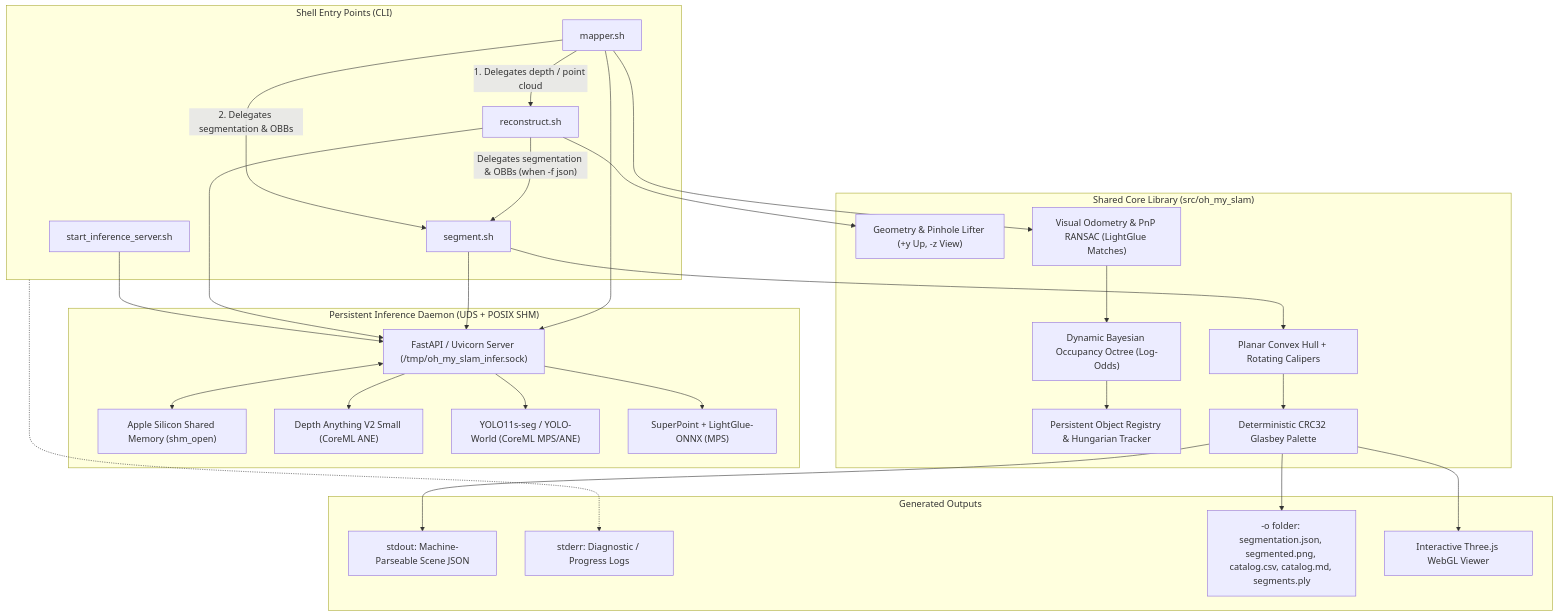
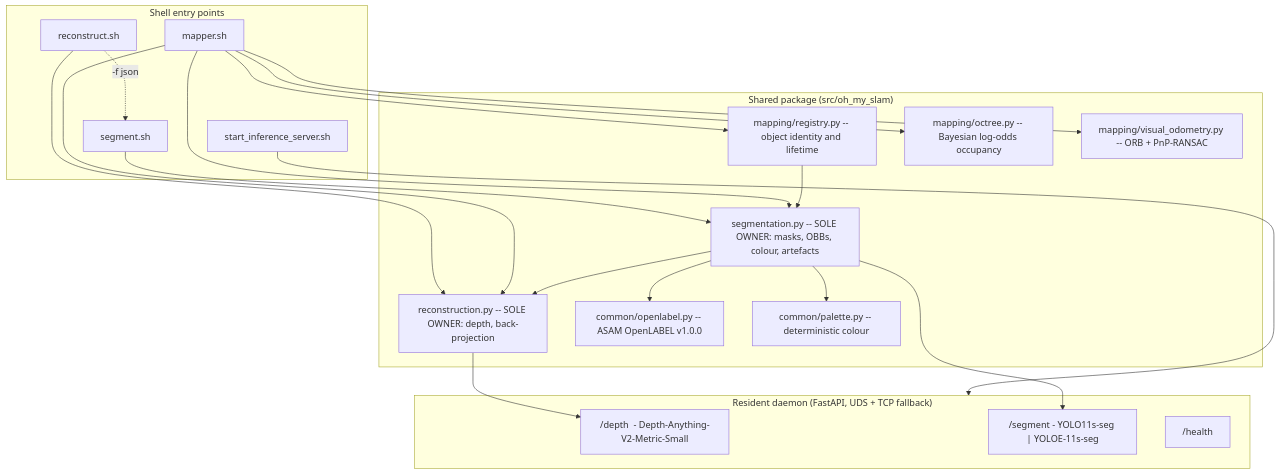
The diagram in plan-c.md (samirma/oh-my-slam), drawn with Mermaid before and after one commit. The commit also changed other lines of this file and 2 other files, not shown here.

````diff
--- a/plan-c.md
+++ b/plan-c.md
@@ -84,65 +113,42 @@
 ```mermaid
 flowchart TD
-    subgraph CLI["Shell Entry Points (CLI)"]
+    subgraph CLI["Shell entry points"]
+        SRV["start_inference_server.sh"]
         REC["reconstruct.sh"]
         MAP["mapper.sh"]
         SEG["segment.sh"]
-        SRV["start_inference_server.sh"]
     end
 
-    subgraph Daemon["Persistent Inference Daemon (UDS + POSIX SHM)"]
-        FASTAPI["FastAPI / Uvicorn Server (/tmp/oh_my_slam_infer.sock)"]
-        SHM["Apple Silicon Shared Memory (shm_open)"]
-        DA_V2["Depth Anything V2 Small (CoreML ANE)"]
-        YOLO11["YOLO11s-seg / YOLO-World (CoreML MPS/ANE)"]
-        LGLUE["SuperPoint + LightGlue-ONNX (MPS)"]
-
-        FASTAPI <--> SHM
-        FASTAPI --> DA_V2
-        FASTAPI --> YOLO11
-        FASTAPI --> LGLUE
+    subgraph Daemon["Resident daemon (FastAPI, UDS + TCP fallback)"]
+        DEPTH["/depth  - Depth-Anything-V2-Metric-Small"]
+        SEGEP["/segment - YOLO11s-seg | YOLOE-11s-seg"]
+        HEALTH["/health"]
     end
 
-    subgraph SharedCore["Shared Core Library (src/oh_my_slam)"]
-        GEOM["Geometry & Pinhole Lifter (+y Up, -z View)"]
-        VO["Visual Odometry & PnP RANSAC (LightGlue Matches)"]
-        OCTREE["Dynamic Bayesian Occupancy Octree (Log-Odds)"]
-        REGISTRY["Persistent Object Registry & Hungarian Tracker"]
-        OBB_ENGINE["Planar Convex Hull + Rotating Calipers"]
-        PALETTE["Deterministic CRC32 Glasbey Palette"]
+    subgraph Core["Shared package (src/oh_my_slam)"]
+        RECON["reconstruction.py -- SOLE OWNER: depth, back-projection"]
+        SEGMOD["segmentation.py -- SOLE OWNER: masks, OBBs, colour, artefacts"]
+        REG["mapping/registry.py -- object identity and lifetime"]
+        OCT["mapping/octree.py -- Bayesian log-odds occupancy"]
+        VO["mapping/visual_odometry.py -- ORB + PnP-RANSAC"]
+        OL["common/openlabel.py -- ASAM OpenLABEL v1.0.0"]
+        PAL["common/palette.py -- deterministic colour"]
     end
 
-    subgraph Artefacts["Generated Outputs"]
-        JSON_STDOUT["stdout: Machine-Parseable Scene JSON"]
-        STDERR_DIAG["stderr: Diagnostic / Progress Logs"]
-        FILES_OUT["-o folder: segmentation.json, segmented.png, catalog.csv, catalog.md, segments.ply"]
-        WEB_VIEW["Interactive Three.js WebGL Viewer"]
-    end
+    SRV --> Daemon
+    REC --> RECON
+    SEG --> SEGMOD
+    MAP --> RECON
+    MAP --> SEGMOD
+    REC -.->|"-f json"| SEG
 
-    %% Daemon Startup
-    SRV --> FASTAPI
-
-    %% Delegation Contracts
-    MAP -- "1. Delegates depth / point cloud" --> REC
-    MAP -- "2. Delegates segmentation & OBBs" --> SEG
-    REC -- "Delegates segmentation & OBBs (when -f json)" --> SEG
-
-    %% Client Interactions with Daemon
-    REC --> FASTAPI
-    SEG --> FASTAPI
-    MAP --> FASTAPI
-
-    %% Execution through Shared Core
-    REC --> GEOM
+    RECON --> DEPTH
+    SEGMOD --> SEGEP
+    SEGMOD --> RECON
+    REG --> SEGMOD
+    MAP --> REG
+    MAP --> OCT
     MAP --> VO
-    VO --> OCTREE
-    OCTREE --> REGISTRY
-    SEG --> OBB_ENGINE
-    OBB_ENGINE --> PALETTE
-
-    %% Artifact Generation
-    PALETTE --> JSON_STDOUT
-    PALETTE --> FILES_OUT
-    PALETTE --> WEB_VIEW
-    CLI -.-> STDERR_DIAG
+    SEGMOD --> OL
+    SEGMOD --> PAL
 ```
````
